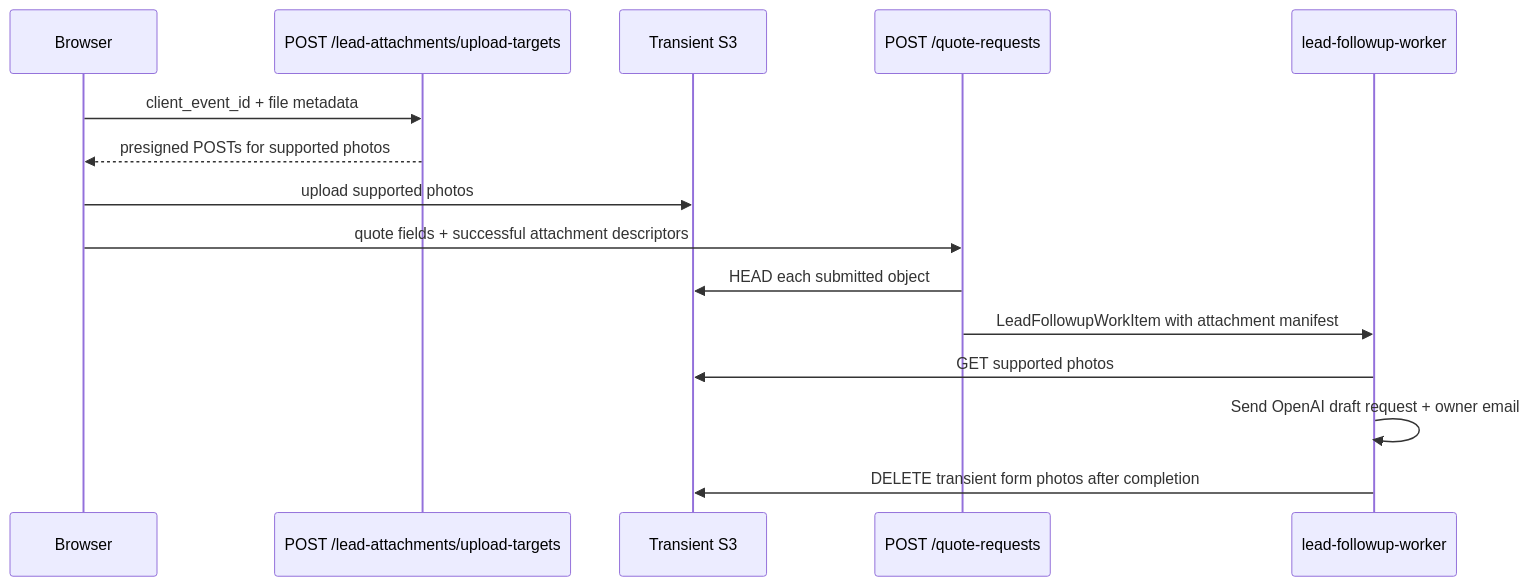
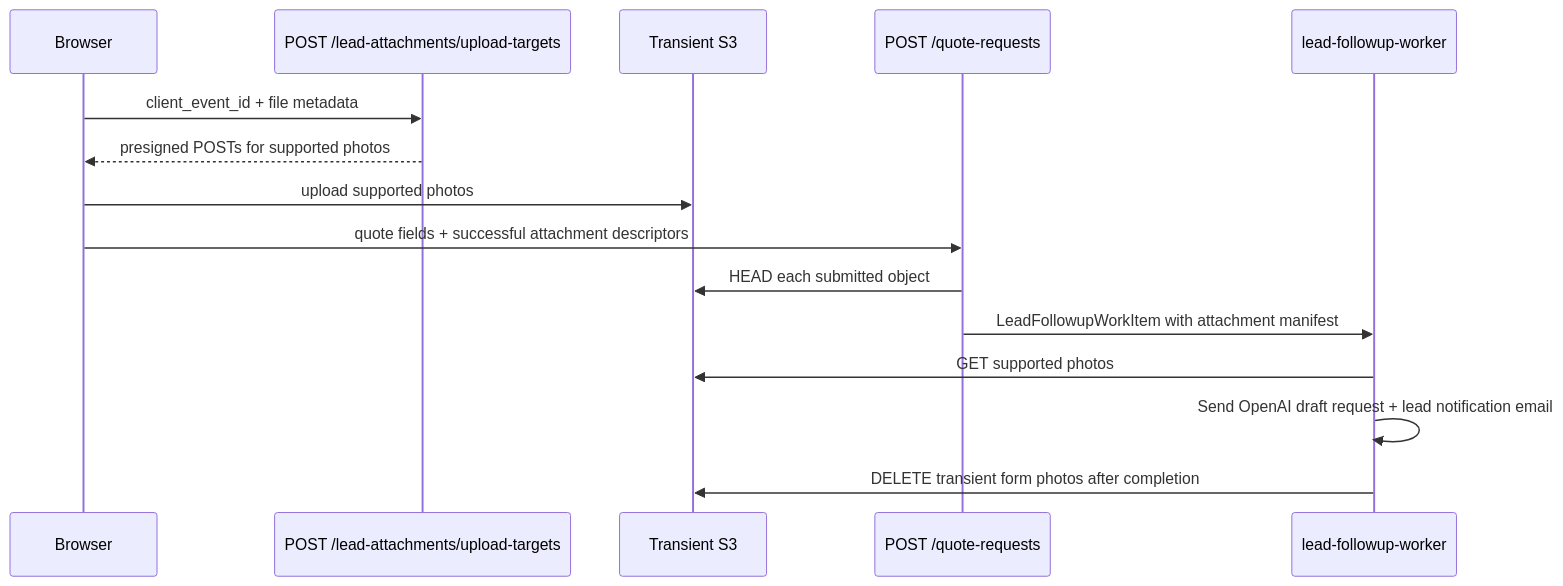
One commit to michaelgiraldo/craigs-autos changed the second of 2 diagrams in docs/lead-photo-attachments.md. Above: the diagram before and after it, drawn with Mermaid. The commit also changed other lines of this file and 36 other files, not shown here.

Commit message:
Refactor lead notification email templates

````diff
--- a/docs/lead-photo-attachments.md
+++ b/docs/lead-photo-attachments.md
@@ -63,18 +63,18 @@
 ```mermaid
 sequenceDiagram
   participant Browser
   participant UploadAPI as POST /lead-attachments/upload-targets
   participant S3 as Transient S3
   participant QuoteAPI as POST /quote-requests
   participant Worker as lead-followup-worker
 
   Browser->>UploadAPI: client_event_id + file metadata
   UploadAPI-->>Browser: presigned POSTs for supported photos
   Browser->>S3: upload supported photos
   Browser->>QuoteAPI: quote fields + successful attachment descriptors
   QuoteAPI->>S3: HEAD each submitted object
   QuoteAPI->>Worker: LeadFollowupWorkItem with attachment manifest
   Worker->>S3: GET supported photos
-  Worker->>Worker: Send OpenAI draft request + owner email
+  Worker->>Worker: Send OpenAI draft request + lead notification email
   Worker->>S3: DELETE transient form photos after completion
 ```
````
